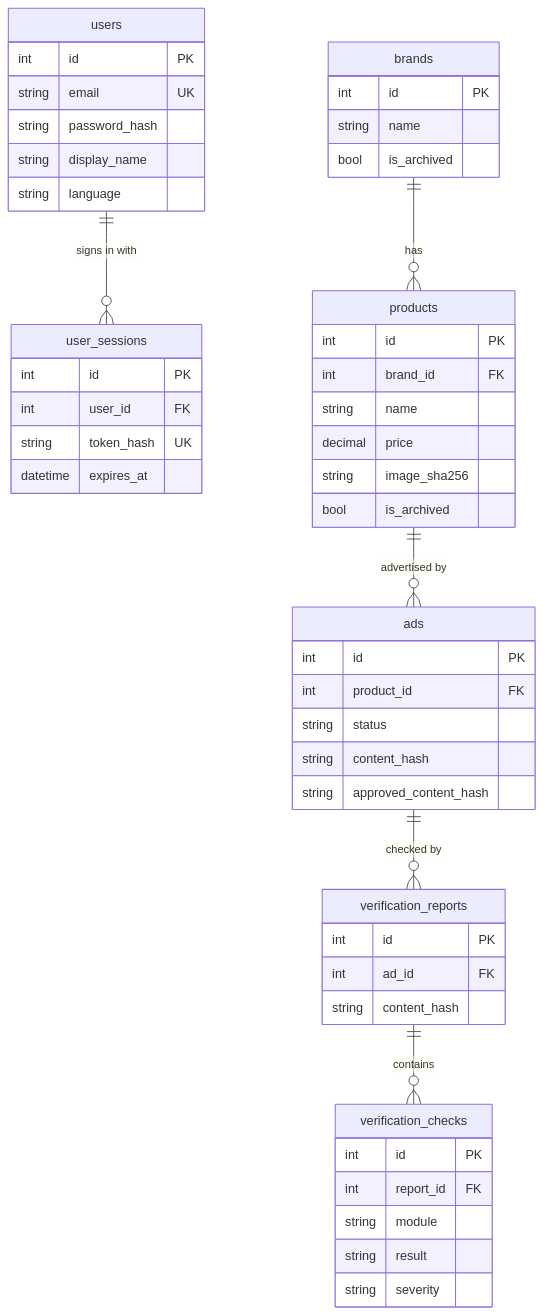
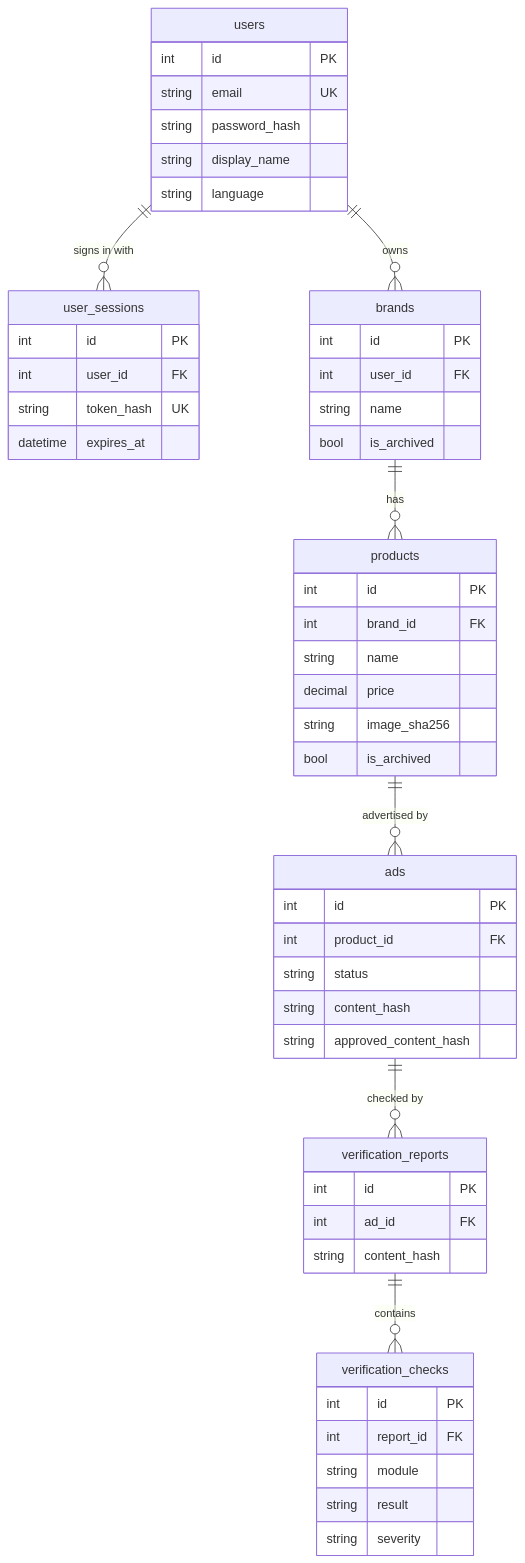
The first of 2 diagrams in docs/19-database.md (Shimu-I/ad-banao), drawn with Mermaid before and after one commit. The commit also changed other lines of this file and 13 other files, not shown here.

First line of the commit message:
feat: brands belong to users (F9)

````diff
--- a/docs/19-database.md
+++ b/docs/19-database.md
@@ -18,54 +18,56 @@
 ```mermaid
 erDiagram
     users ||--o{ user_sessions : "signs in with"
+    users ||--o{ brands : owns
     brands ||--o{ products : has
     products ||--o{ ads : "advertised by"
     ads ||--o{ verification_reports : "checked by"
     verification_reports ||--o{ verification_checks : contains
 
     users {
         int id PK
         string email UK
         string password_hash
         string display_name
         string language
     }
     user_sessions {
         int id PK
         int user_id FK
         string token_hash UK
         datetime expires_at
     }
     brands {
         int id PK
+        int user_id FK
         string name
         bool is_archived
     }
     products {
         int id PK
         int brand_id FK
         string name
         decimal price
         string image_sha256
         bool is_archived
     }
     ads {
         int id PK
         int product_id FK
         string status
         string content_hash
         string approved_content_hash
     }
     verification_reports {
         int id PK
         int ad_id FK
         string content_hash
     }
     verification_checks {
         int id PK
         int report_id FK
         string module
         string result
         string severity
     }
 ```
````
